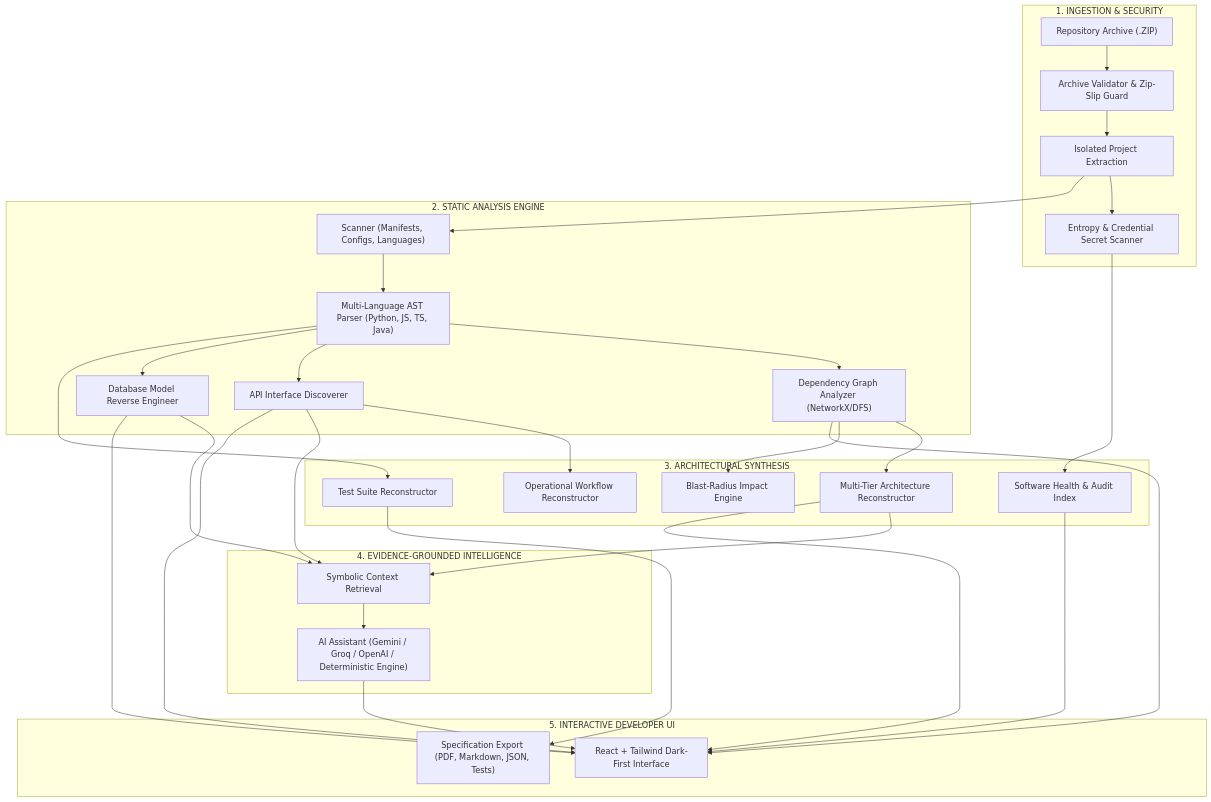
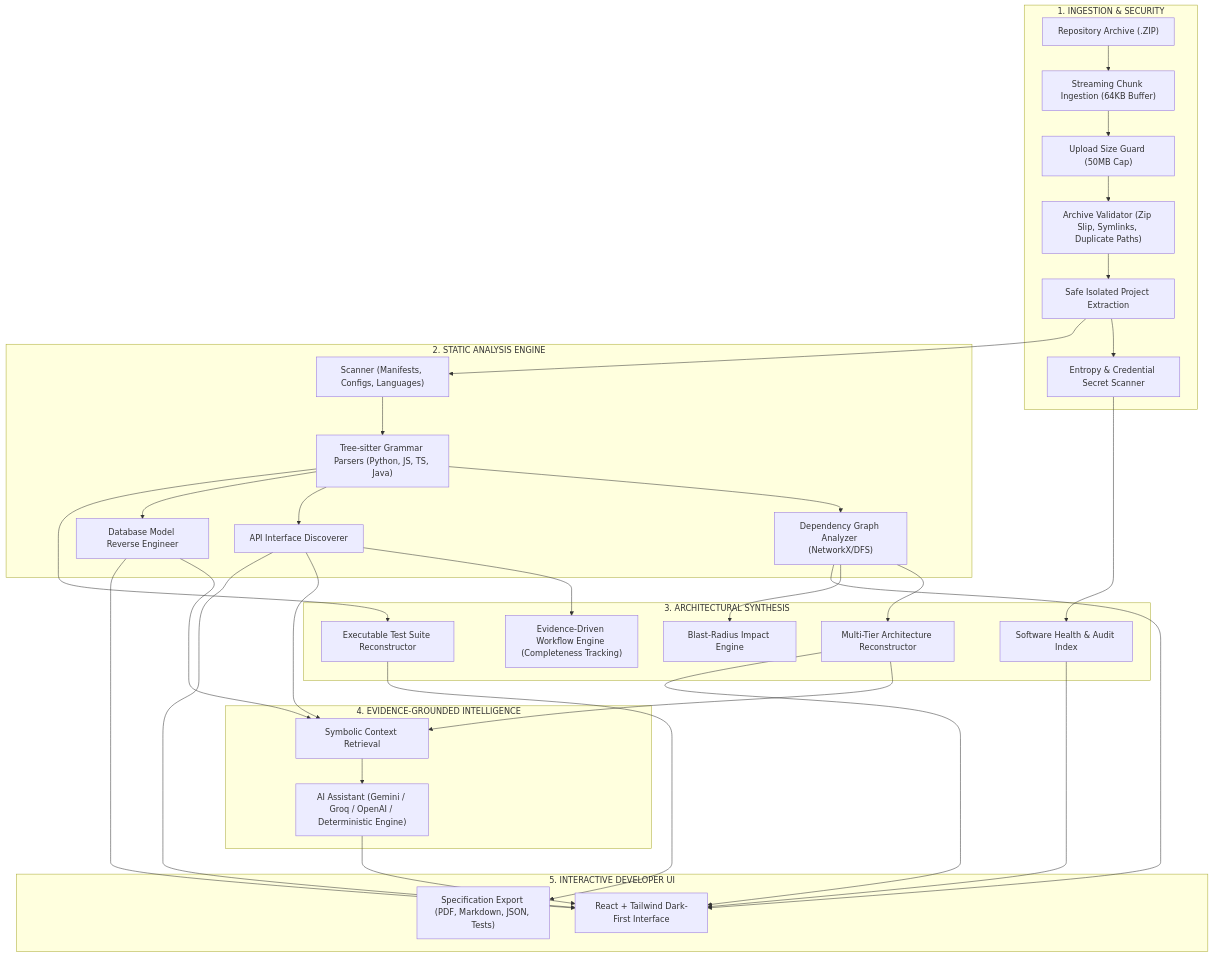
One commit to sanithreddy06/CODEX_Aarambh changed the diagram in README.md. Above: the diagram before and after it, drawn with Mermaid. The commit also changed other lines of this file and 60 other files, not shown here.

Commit message:
feat: complete audit hardening, tree-sitter parsing, export downloads and showcase sample

````diff
--- a/README.md
+++ b/README.md
@@ -28,41 +38,43 @@
 ```mermaid
 flowchart TD
     subgraph INGESTION["1. INGESTION & SECURITY"]
-        ZIP["Repository Archive (.ZIP)"] --> VAL["Archive Validator & Zip-Slip Guard"]
-        VAL --> EXT["Isolated Project Extraction"]
+        ZIP["Repository Archive (.ZIP)"] --> STREAM["Streaming Chunk Ingestion (64KB Buffer)"]
+        STREAM --> LIMIT["Upload Size Guard (50MB Cap)"]
+        LIMIT --> VAL["Archive Validator (Zip Slip, Symlinks, Duplicate Paths)"]
+        VAL --> EXT["Safe Isolated Project Extraction"]
         EXT --> SEC["Entropy & Credential Secret Scanner"]
     end
 
     subgraph ENGINE["2. STATIC ANALYSIS ENGINE"]
         EXT --> SCAN["Scanner (Manifests, Configs, Languages)"]
-        SCAN --> PARSE["Multi-Language AST Parser (Python, JS, TS, Java)"]
+        SCAN --> PARSE["Tree-sitter Grammar Parsers (Python, JS, TS, Java)"]
         PARSE --> GRAPH["Dependency Graph Analyzer (NetworkX/DFS)"]
         PARSE --> API_DISC["API Interface Discoverer"]
         PARSE --> DB_REV["Database Model Reverse Engineer"]
     end
 
     subgraph RECON["3. ARCHITECTURAL SYNTHESIS"]
         GRAPH --> ARCH["Multi-Tier Architecture Reconstructor"]
-        API_DISC --> WORKFLOW["Operational Workflow Reconstructor"]
+        API_DISC --> WORKFLOW["Evidence-Driven Workflow Engine (Completeness Tracking)"]
         GRAPH --> IMPACT["Blast-Radius Impact Engine"]
         SEC --> HEALTH["Software Health & Audit Index"]
-        PARSE --> TEST_GEN["Test Suite Reconstructor"]
+        PARSE --> TEST_GEN["Executable Test Suite Reconstructor"]
     end
 
     subgraph INTELLIGENCE["4. EVIDENCE-GROUNDED INTELLIGENCE"]
         ARCH --> RAG["Symbolic Context Retrieval"]
         DB_REV --> RAG
         API_DISC --> RAG
         RAG --> AI["AI Assistant (Gemini / Groq / OpenAI / Deterministic Engine)"]
     end
 
     subgraph PRESENTATION["5. INTERACTIVE DEVELOPER UI"]
         ARCH --> UI["React + Tailwind Dark-First Interface"]
         GRAPH --> UI
         API_DISC --> UI
         DB_REV --> UI
         HEALTH --> UI
         AI --> UI
         TEST_GEN --> EXPORT["Specification Export (PDF, Markdown, JSON, Tests)"]
     end
 ```
````
